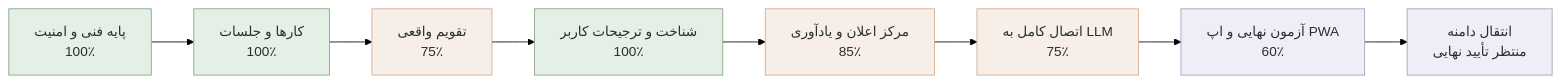
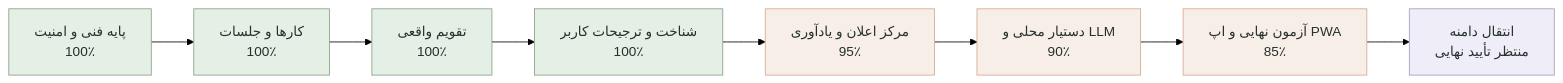
Before and after one commit to tparkhondeh/personalAgent: the diagram in PROJECT_STATUS.md, drawn with Mermaid (forest theme). The commit also changed other lines of this file and 8 other files, not shown here.

Commit message:
feat: complete offline-ready MVP flows

````diff
--- a/PROJECT_STATUS.md
+++ b/PROJECT_STATUS.md
@@ -17,17 +17,17 @@
 ```mermaid
 flowchart LR
     A[پایه فنی و امنیت<br/>100٪] --> B[کارها و جلسات<br/>100٪]
-    B --> C[تقویم واقعی<br/>75٪]
+    B --> C[تقویم واقعی<br/>100٪]
     C --> D[شناخت و ترجیحات کاربر<br/>100٪]
-    D --> E[مرکز اعلان و یادآوری<br/>85٪]
-    E --> F[اتصال کامل به LLM<br/>75٪]
-    F --> G[آزمون نهایی و اپ PWA<br/>60٪]
+    D --> E[مرکز اعلان و یادآوری<br/>95٪]
+    E --> F[دستیار محلی و LLM<br/>90٪]
+    F --> G[آزمون نهایی و اپ PWA<br/>85٪]
     G --> H[انتقال دامنه<br/>منتظر تأیید نهایی]
 
     classDef done fill:#e4f0e5,stroke:#8ca088,color:#26312c;
     classDef active fill:#f8eee8,stroke:#d7a98f,color:#26312c;
     classDef pending fill:#efedf7,stroke:#aa9dbc,color:#26312c;
-    class A,B,D done;
-    class C,E,F active;
-    class G,H pending;
+    class A,B,C,D done;
+    class E,F,G active;
+    class H pending;
 ```
````
